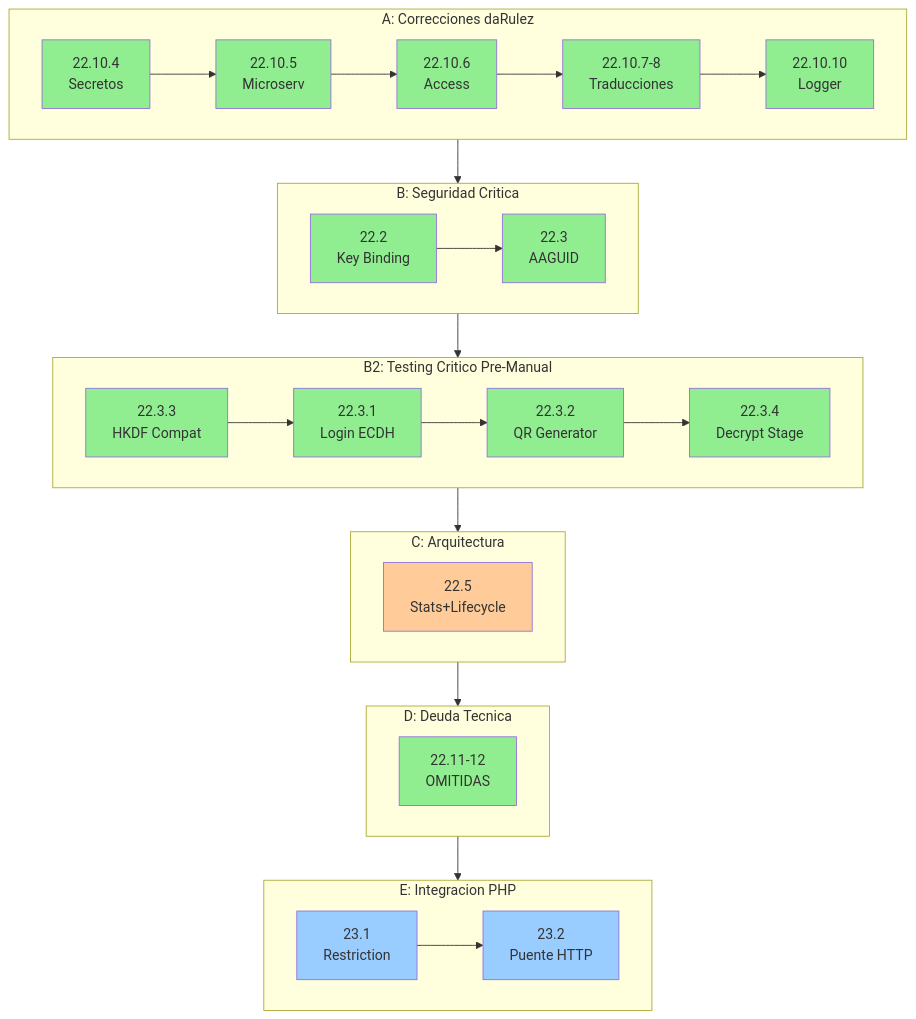
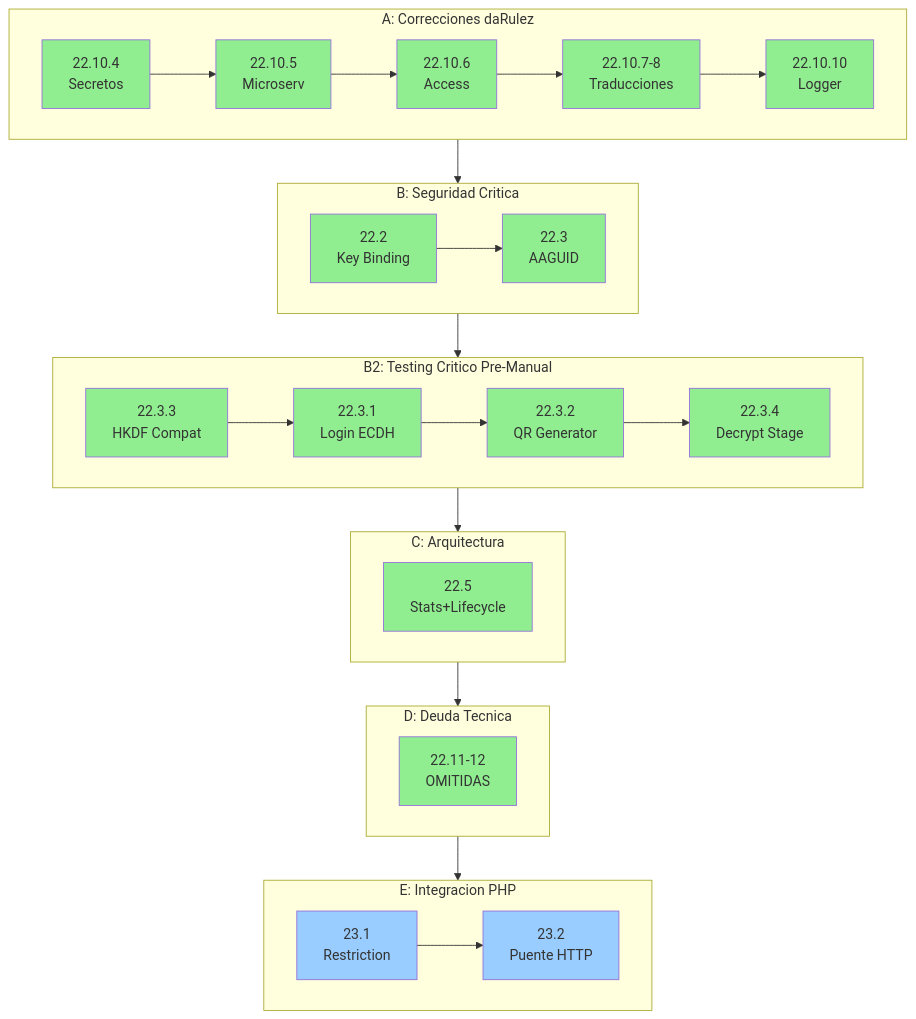
Before and after one commit to Ragnarsss/capstone-backend: the diagram in ROADMAP.md, drawn with Mermaid. The commit also changed other lines of this file, not shown here.

````diff
--- a/ROADMAP.md
+++ b/ROADMAP.md
@@ -47,67 +47,67 @@
 ```mermaid
 flowchart TB
     subgraph BLOQUE_A[A: Correcciones daRulez]
         direction LR
         A1[22.10.4<br/>Secretos]
         A2[22.10.5<br/>Microserv]
         A3[22.10.6<br/>Access]
         A4[22.10.7-8<br/>Traducciones]
         A5[22.10.10<br/>Logger]
         A1 --> A2 --> A3 --> A4 --> A5
     end
 
     subgraph BLOQUE_B[B: Seguridad Critica]
         direction LR
         B1[22.2<br/>Key Binding]
         B2[22.3<br/>AAGUID]
         B1 --> B2
     end
 
     subgraph BLOQUE_B2[B2: Testing Critico Pre-Manual]
         direction LR
         T1[22.3.3<br/>HKDF Compat]:::done
         T2[22.3.1<br/>Login ECDH]:::done
         T3[22.3.2<br/>QR Generator]:::done
         T4[22.3.4<br/>Decrypt Stage]:::done
         T1 --> T2 --> T3 --> T4
     end
 
     subgraph BLOQUE_C[C: Arquitectura]
         direction LR
         C1[22.5<br/>Stats+Lifecycle]
     end
 
     subgraph BLOQUE_D[D: Deuda Tecnica]
         direction LR
         D1[22.11-12<br/>OMITIDAS]
     end
 
     subgraph BLOQUE_E[E: Integracion PHP]
         direction LR
         E1[23.1<br/>Restriction]
         E2[23.2<br/>Puente HTTP]
         E1 --> E2
     end
 
     BLOQUE_A --> BLOQUE_B
     BLOQUE_B --> BLOQUE_B2
     BLOQUE_B2 --> BLOQUE_C
     BLOQUE_C --> BLOQUE_D
     BLOQUE_D --> BLOQUE_E
 
     style A1 fill:#90EE90
     style A2 fill:#90EE90
     style A3 fill:#90EE90
     style A4 fill:#90EE90
     style A5 fill:#90EE90
     style B1 fill:#90EE90
     style B2 fill:#90EE90
     style T1 fill:#90EE90
     style T2 fill:#90EE90
     style T3 fill:#90EE90
     style T4 fill:#90EE90
-    style C1 fill:#ffcc99
+    style C1 fill:#90EE90
     style D1 fill:#90EE90
     style E1 fill:#99ccff
     style E2 fill:#99ccff
 ```
````
